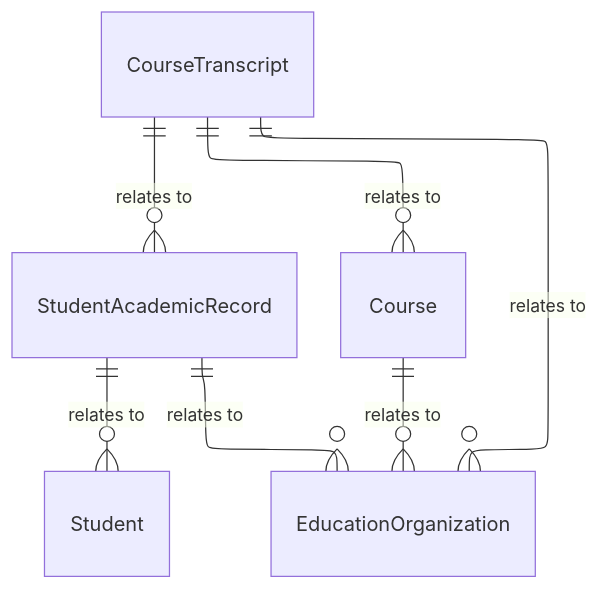
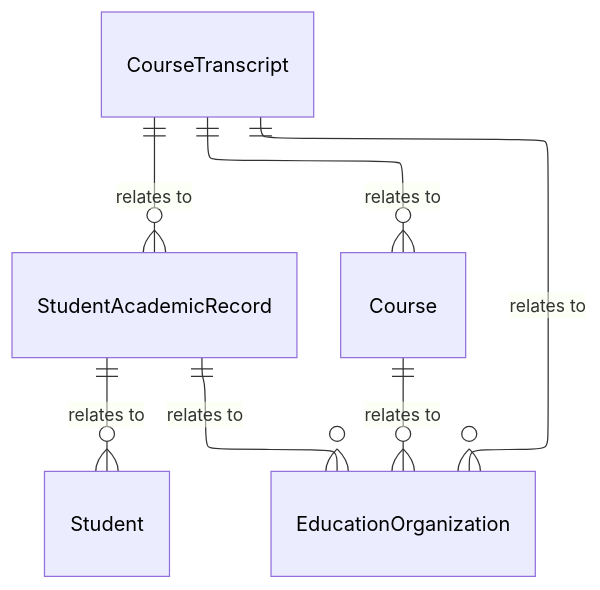
Before and after one commit to Ed-Fi-Alliance-OSS/ed-fi-alliance-oss.github.io: the second of 4 diagrams in dataStandard_versioned_docs/version-6/model-reference/student-academic-record-domain/model-diagrams.md, drawn with Mermaid. The commit also changed other lines of this file and 24 other files, not shown here.

````diff
--- a/dataStandard_versioned_docs/version-6/model-reference/student-academic-record-domain/model-diagrams.md
+++ b/dataStandard_versioned_docs/version-6/model-reference/student-academic-record-domain/model-diagrams.md
@@ -116,25 +134,28 @@
 ```mermaid
 ---
-
 config:
   layout: elk
 ---
-
 erDiagram
     Student {
     }
     StudentAcademicRecord {
     }
     CourseTranscript {
     }
     Course {
     }
     EducationOrganization {
     }
     CourseTranscript ||--o{ StudentAcademicRecord : "relates to"
     CourseTranscript ||--o{ Course : "relates to"
     CourseTranscript ||--o{ EducationOrganization : "relates to"
     StudentAcademicRecord ||--o{ Student : "relates to"
     StudentAcademicRecord ||--o{ EducationOrganization : "relates to"
     Course ||--o{ EducationOrganization : "relates to"
+    style Student color:#000000
+    style StudentAcademicRecord color:#000000
+    style CourseTranscript color:#000000
+    style Course color:#000000
+    style EducationOrganization color:#000000
 ```
````
